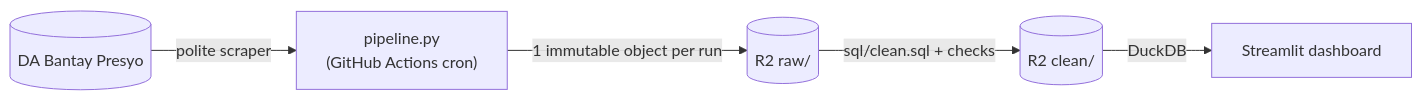
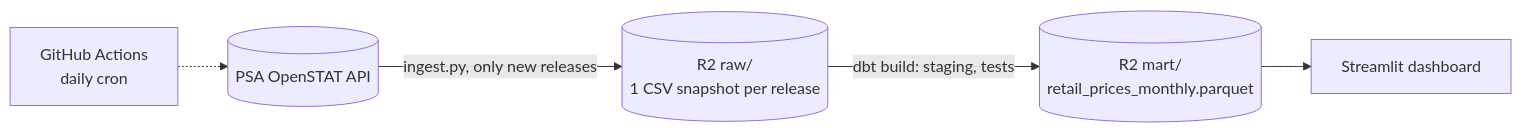
Before and after one commit to crylz-z/Agri-Price-Intelligence-Platform: the diagram in README.md, drawn with Mermaid. The commit also changed other lines of this file and 56 other files, not shown here.

First line of the commit message:
feat: PSA OpenSTAT ingest, dbt model and tests, 2-page dashboard

````diff
--- a/README.md
+++ b/README.md
@@ -5,7 +5,7 @@
 ```mermaid
 graph LR
-    DA[("DA Bantay Presyo")] -->|polite scraper| P["pipeline.py<br/>(GitHub Actions cron)"]
-    P -->|1 immutable object per run| RAW[("R2 raw/")]
-    RAW -->|sql/clean.sql + checks| CLEAN[("R2 clean/")]
-    CLEAN -->|DuckDB| UI["Streamlit dashboard"]
+    PSA[("PSA OpenSTAT API")] -->|ingest.py, only new releases| RAW[("R2 raw/<br/>1 CSV snapshot per release")]
+    RAW -->|dbt build: staging, tests| MART[("R2 mart/<br/>retail_prices_monthly.parquet")]
+    MART --> UI["Streamlit dashboard"]
+    CRON["GitHub Actions<br/>daily cron"] -.-> PSA
 ```
````
